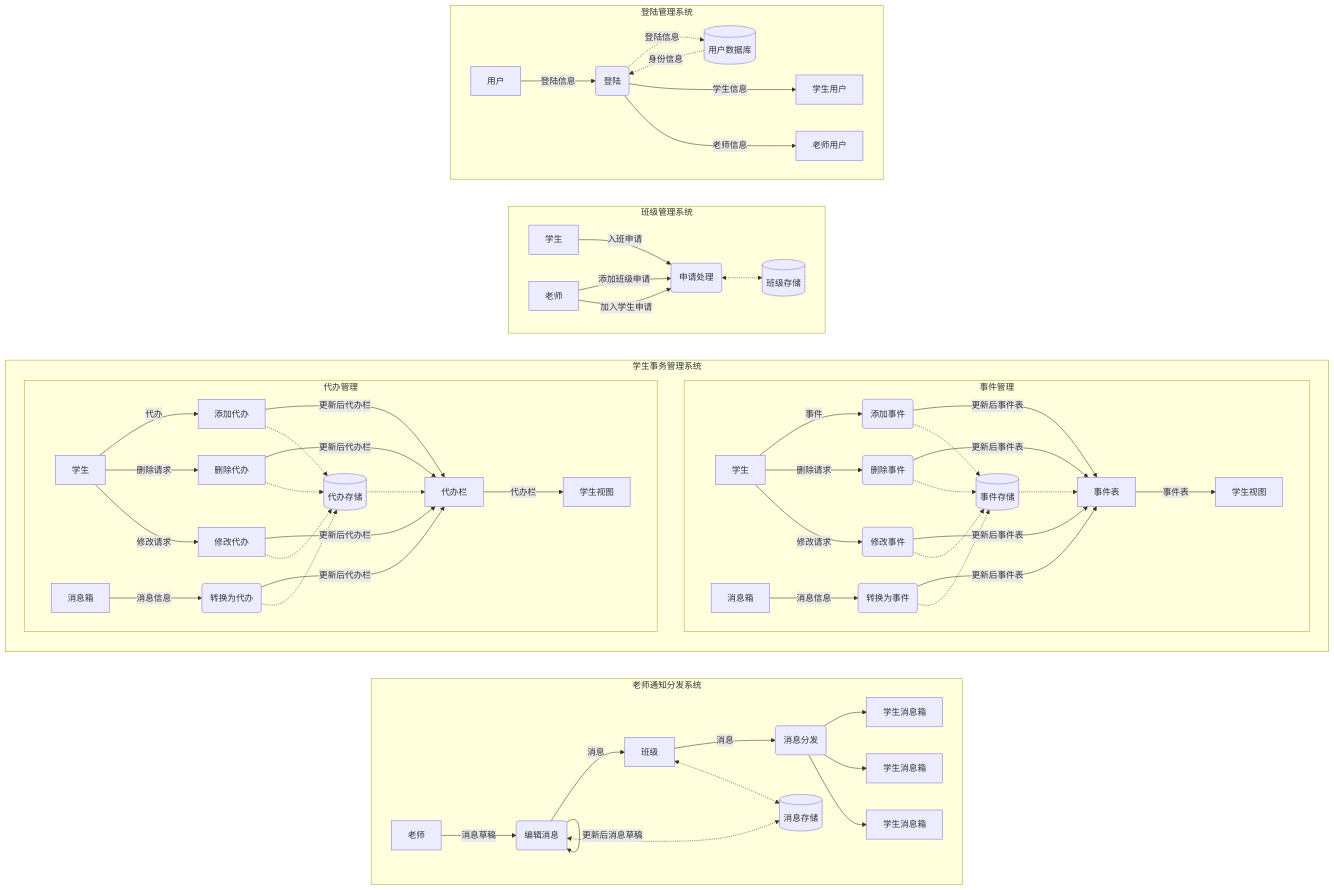
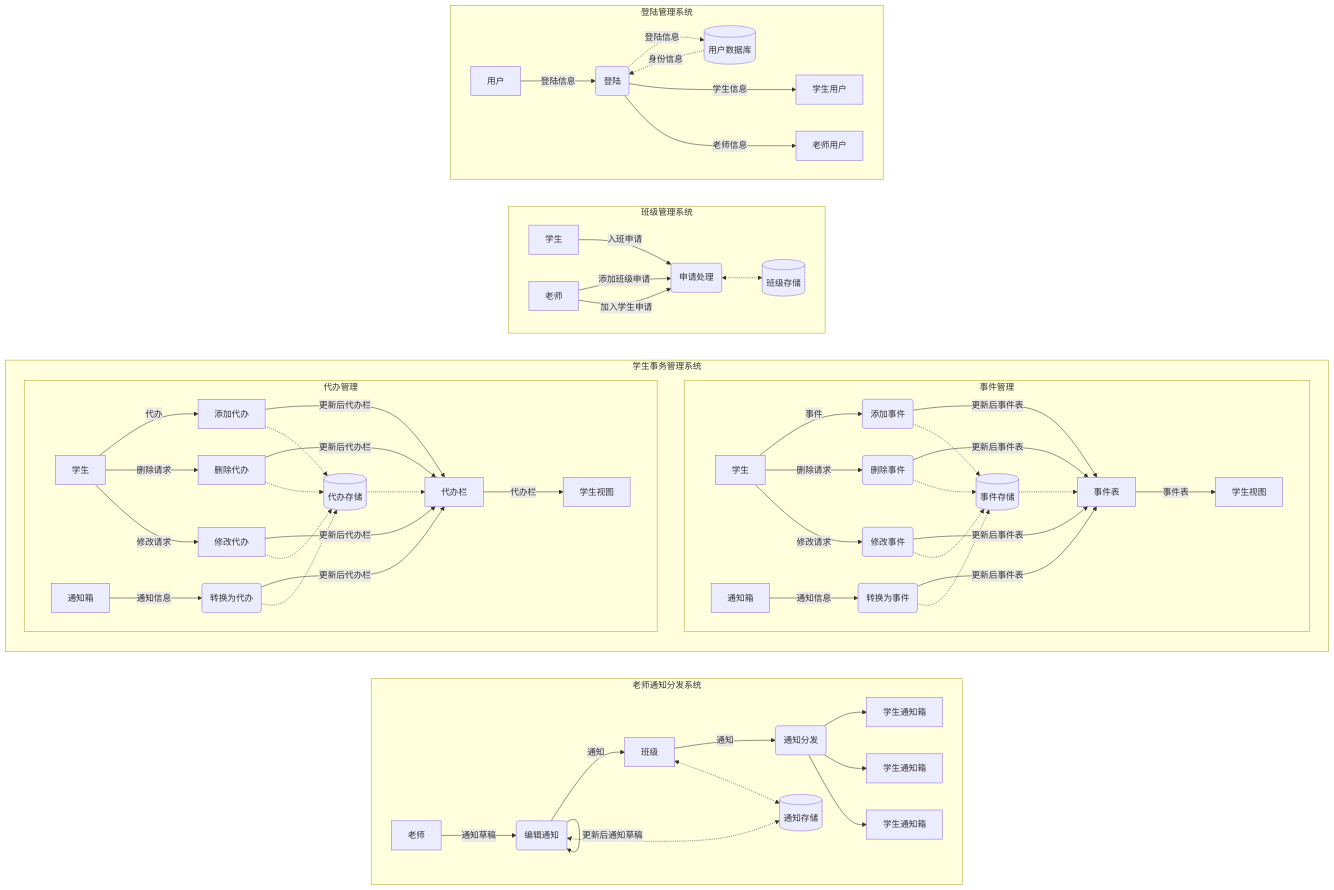
One commit to Group-Lynx/grid changed the diagram in doc/need-anal/func-lv3.mmd. Above: the diagram before and after it, drawn with Mermaid. The commit also changed 1 other file, not shown here.

```diff
--- a/doc/need-anal/func-lv3.mmd
+++ b/doc/need-anal/func-lv3.mmd
@@ -1,129 +1,129 @@
 flowchart LR
     subgraph TeacherSys["老师通知分发系统"]
         direction LR
 
         Teacher["老师"]
         Class["班级"]
-        MsgEditing("编辑消息")
-        MsgDistribute("消息分发")
-        MsgDb[("消息存储")]
-        StuDummy1["学生消息箱"]
-        StuDummy2["学生消息箱"]
-        StuDummy3["学生消息箱"]
+        MsgEditing("编辑通知")
+        MsgDistribute("通知分发")
+        MsgDb[("通知存储")]
+        StuDummy1["学生通知箱"]
+        StuDummy2["学生通知箱"]
+        StuDummy3["学生通知箱"]
 
-        Teacher -->|"消息草稿"| MsgEditing -->|"消息"| Class -->|"消息"| MsgDistribute
-        MsgEditing -->|"更新后消息草稿"| MsgEditing
+        Teacher -->|"通知草稿"| MsgEditing -->|"通知"| Class -->|"通知"| MsgDistribute
+        MsgEditing -->|"更新后通知草稿"| MsgEditing
 
         Class <-.-> MsgDb
         MsgEditing <-.-> MsgDb
 
         MsgDistribute --> StuDummy1
         MsgDistribute --> StuDummy2
         MsgDistribute --> StuDummy3
     end
 
 
     subgraph StudentSys["学生事务管理系统"]
         direction TB
         
         subgraph EventSys["事件管理"]
             direction LR
 
             StudentEventSys["学生"]
             StudentViewEventSys["学生视图"]
             EventView["事件表"]
             EventAdd("添加事件")
             EventDel("删除事件")
             EventMod("修改事件")
             EventDB[("事件存储")]
-            MsgViewEventSys["消息箱"]
+            MsgViewEventSys["通知箱"]
             IntoEvent("转换为事件")
 
             StudentEventSys -->|"事件"| EventAdd
             StudentEventSys -->|"删除请求"| EventDel
             StudentEventSys -->|"修改请求"| EventMod
 
             EventAdd -->|"更新后事件表"| EventView
             EventMod -->|"更新后事件表"| EventView
             EventDel -->|"更新后事件表"| EventView
 
-            MsgViewEventSys -->|"消息信息"| IntoEvent
+            MsgViewEventSys -->|"通知信息"| IntoEvent
             IntoEvent -->|"更新后事件表"| EventView
 
             EventView -->|"事件表"| StudentViewEventSys
 
             EventAdd -.-> EventDB
             EventMod -.-> EventDB
             EventDel -.-> EventDB
             IntoEvent -.-> EventDB
             EventDB -.-> EventView
 
         end
 
         subgraph TodoSys["代办管理"]
             direction LR
 
             StudentTodoSys["学生"]
             TodoView["代办栏"]
             StudentViewTodoSys["学生视图"]
-            MsgViewTodoSys["消息箱"]
+            MsgViewTodoSys["通知箱"]
             TodoAdd["添加代办"]
             TodoDel["删除代办"]
             TodoMod["修改代办"]
             TodoDB[("代办存储")]
             IntoTodo("转换为代办")
             
             TodoAdd -->|"更新后代办栏"| TodoView
             TodoDel -->|"更新后代办栏"| TodoView
             TodoMod -->|"更新后代办栏"| TodoView
 
-            MsgViewTodoSys -->|"消息信息"| IntoTodo
+            MsgViewTodoSys -->|"通知信息"| IntoTodo
             IntoTodo -->|"更新后代办栏"| TodoView
 
             TodoView -->|"代办栏"| StudentViewTodoSys
 
             StudentTodoSys -->|"代办"| TodoAdd
             StudentTodoSys -->|"删除请求"| TodoDel
             StudentTodoSys -->|"修改请求"| TodoMod
             
             TodoAdd -.-> TodoDB
             TodoDel -.-> TodoDB
             TodoMod -.-> TodoDB
             IntoTodo -.-> TodoDB
             TodoDB -.-> TodoView
 
             TodoView
         end
     end
 
     subgraph ClassSys["班级管理系统"]
         direction LR
 
         StudentClassSys["学生"]
         TeacherClassSys["老师"]
         ApprovalSys("申请处理")
         ClassDB[("班级存储")]
 
         StudentClassSys -->|"入班申请"| ApprovalSys
         TeacherClassSys -->|"添加班级申请"| ApprovalSys
         TeacherClassSys -->|"加入学生申请"| ApprovalSys
         ApprovalSys <-.-> ClassDB
     end
 
     subgraph LoginSys["登陆管理系统"]
         direction LR
 
         User["用户"]
         Login("登陆")
         StuUser["学生用户"]
         TchUser["老师用户"]
 
         UserDB[("用户数据库")]
 
         User -->|"登陆信息"| Login
         Login --->|"学生信息"| StuUser
         Login --->|"老师信息"| TchUser
 
         Login -.->|"登陆信息"| UserDB
         UserDB -.->|"身份信息"| Login
     end
```
